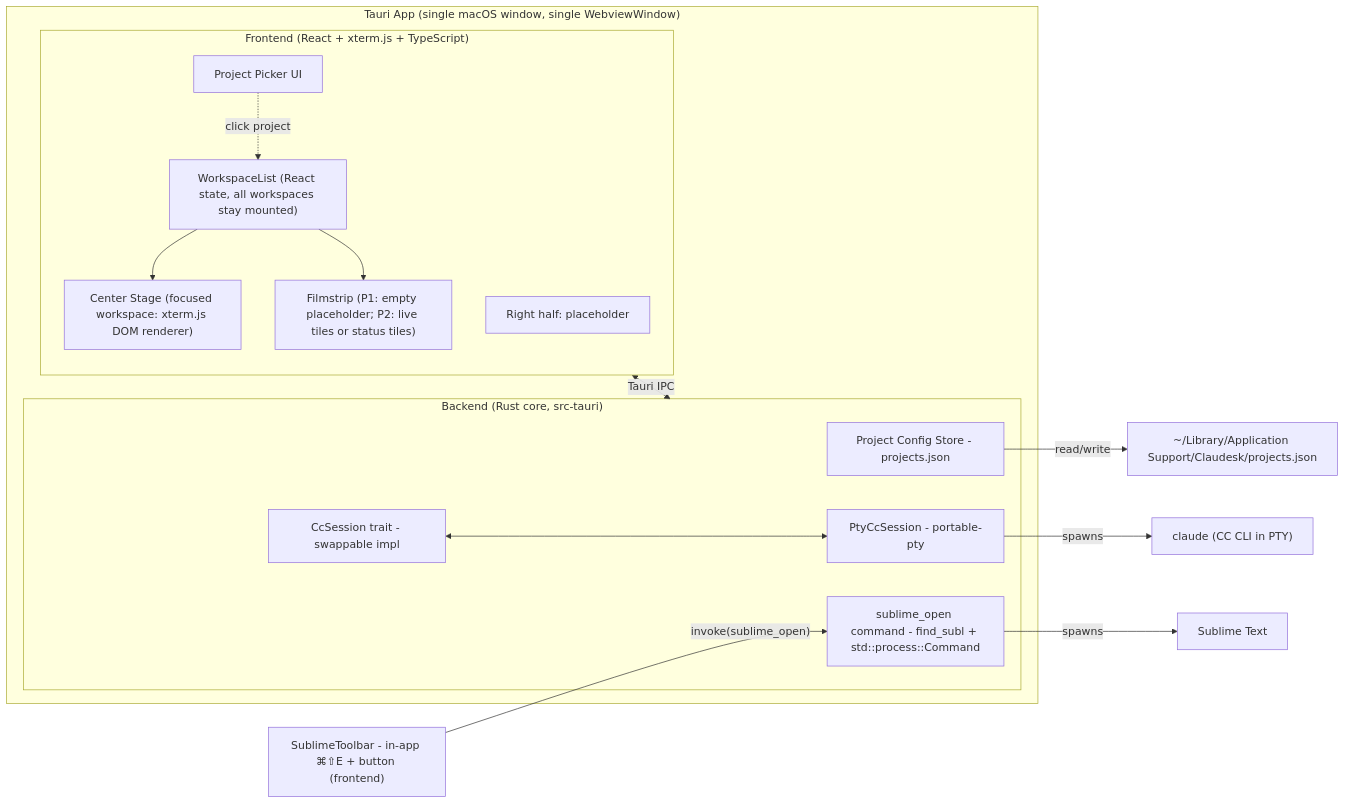
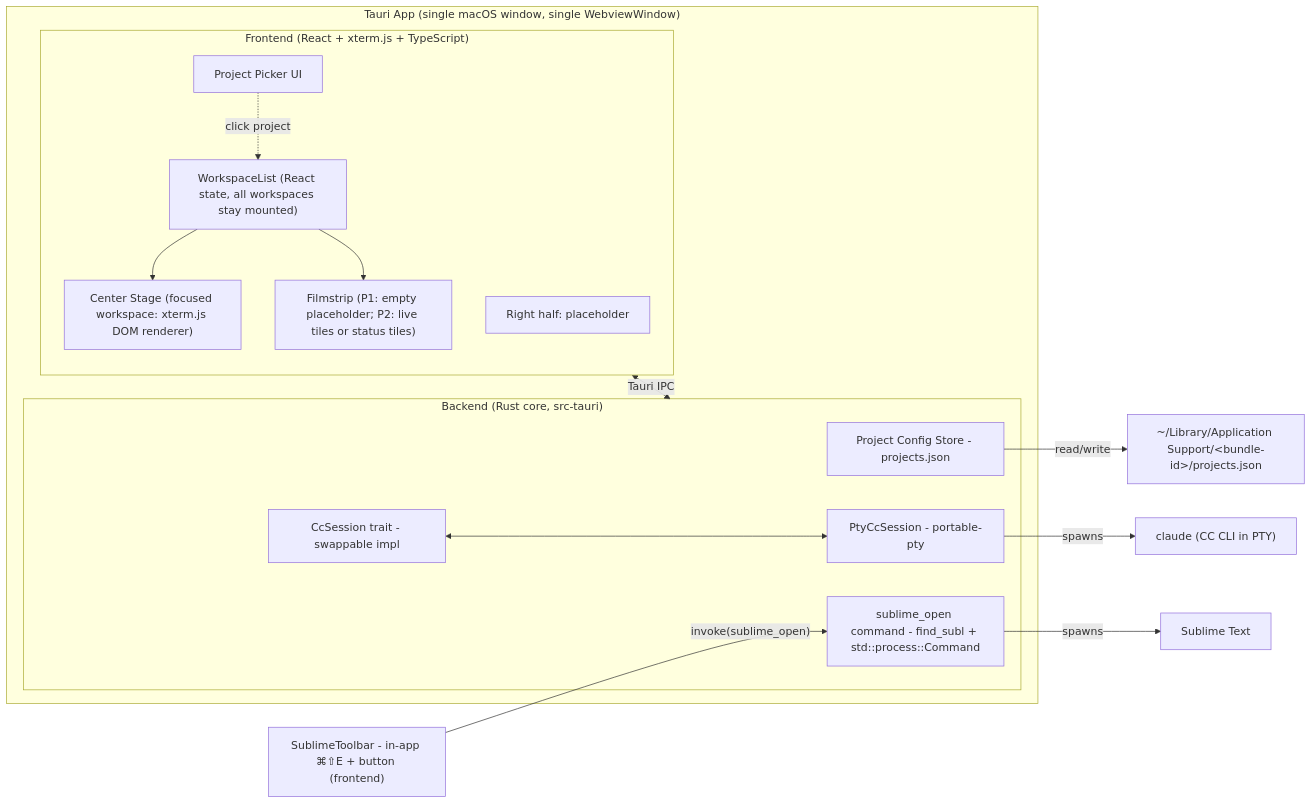
Before and after one commit to StaymanHou/Claudesk: the first of 3 diagrams in docs/product/arch.md, drawn with Mermaid. The commit also changed other lines of this file and 7 other files, not shown here.

````diff
--- a/docs/product/arch.md
+++ b/docs/product/arch.md
@@ -89,30 +97,30 @@
 ```mermaid
 flowchart LR
   subgraph TauriApp["Tauri App (single macOS window, single WebviewWindow)"]
     subgraph Frontend["Frontend (React + xterm.js + TypeScript)"]
       Picker[Project Picker UI]
       WorkspaceList["WorkspaceList (React state, all workspaces stay mounted)"]
       CenterStage["Center Stage (focused workspace: xterm.js DOM renderer)"]
       Filmstrip["Filmstrip (P1: empty placeholder; P2: live tiles or status tiles)"]
       RightPlaceholder[Right half: placeholder]
       Picker -.click project.-> WorkspaceList
       WorkspaceList --> CenterStage
       WorkspaceList --> Filmstrip
     end
 
     subgraph Backend["Backend (Rust core, src-tauri)"]
       ConfigStore[Project Config Store - projects.json]
       CcSessionTrait[CcSession trait - swappable impl]
       PtyImpl[PtyCcSession - portable-pty]
       SublimeOpen[sublime_open command - find_subl + std::process::Command]
     end
 
     Frontend <-- Tauri IPC --> Backend
     CcSessionTrait <--> PtyImpl
   end
 
   PtyImpl -- spawns --> ClaudeCLI["claude (CC CLI in PTY)"]
   SublimeToolbar["SublimeToolbar - in-app ⌘⇧E + button (frontend)"] -- "invoke(sublime_open)" --> SublimeOpen
   SublimeOpen -- spawns --> Sublime[Sublime Text]
-  ConfigStore -- read/write --> AppDataDir["~/Library/Application Support/Claudesk/projects.json"]
+  ConfigStore -- read/write --> AppDataDir["~/Library/Application Support/&lt;bundle-id&gt;/projects.json"]
 ```
````
